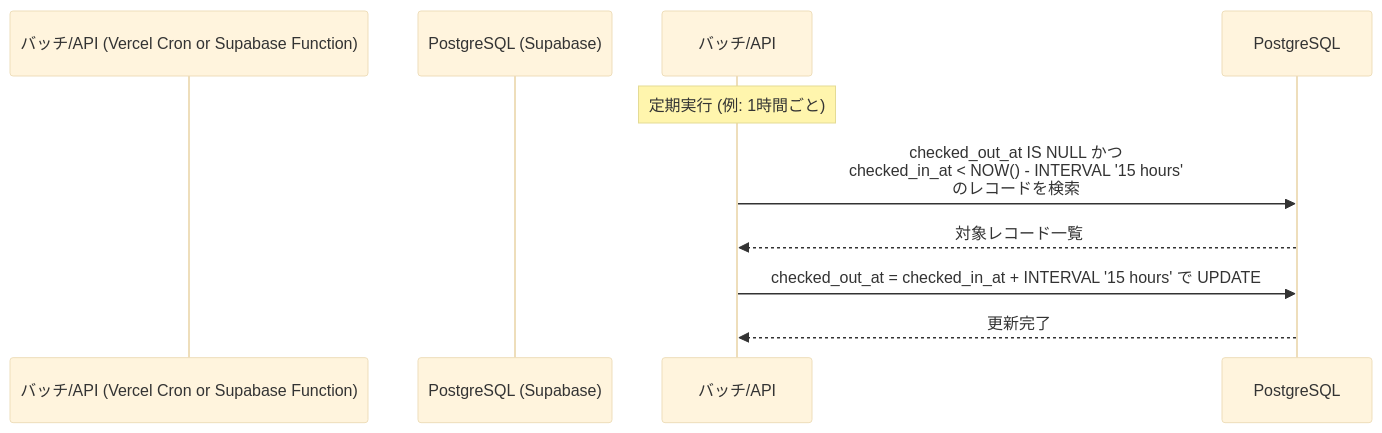
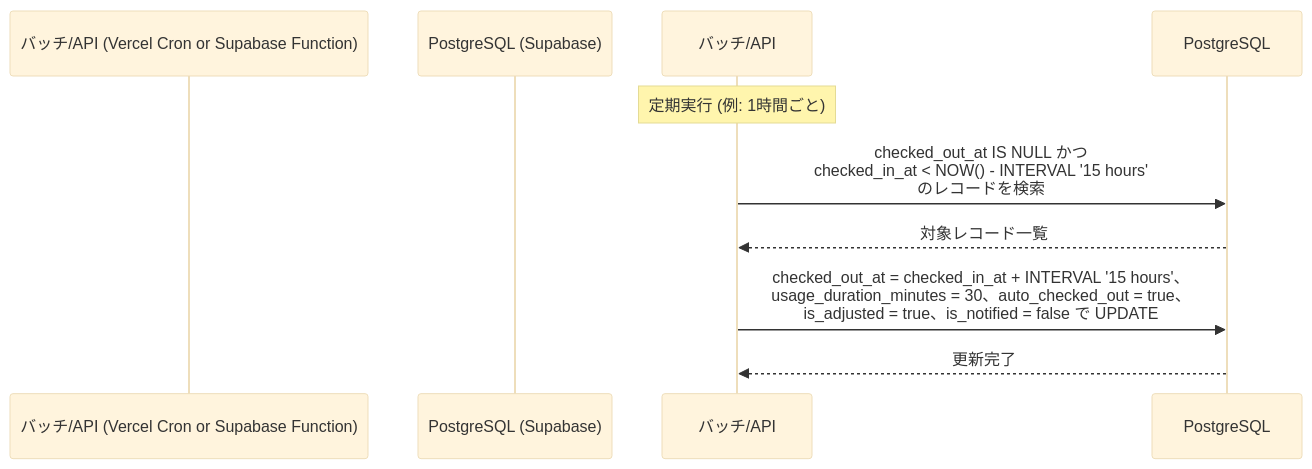
The fifth of 5 diagrams in doc/基本設計書.md (tachiyu1931-code/gym-reservation), drawn with Mermaid (base theme) before and after one commit. The commit also changed other lines of this file and 11 other files, not shown here.

````diff
--- a/doc/基本設計書.md
+++ b/doc/基本設計書.md
@@ -141,11 +142,11 @@
 ```mermaid
 sequenceDiagram
     participant バッチ/API (Vercel Cron or Supabase Function)
     participant PostgreSQL (Supabase)
 
     Note over バッチ/API: 定期実行 (例: 1時間ごと)
     バッチ/API->>PostgreSQL: checked_out_at IS NULL かつ<br/>checked_in_at < NOW() - INTERVAL '15 hours'<br/>のレコードを検索
     PostgreSQL-->>バッチ/API: 対象レコード一覧
-    バッチ/API->>PostgreSQL: checked_out_at = checked_in_at + INTERVAL '15 hours' で UPDATE
+    バッチ/API->>PostgreSQL: checked_out_at = checked_in_at + INTERVAL '15 hours'、<br/>usage_duration_minutes = 30、auto_checked_out = true、<br/>is_adjusted = true、is_notified = false で UPDATE
     PostgreSQL-->>バッチ/API: 更新完了
 ```
````
